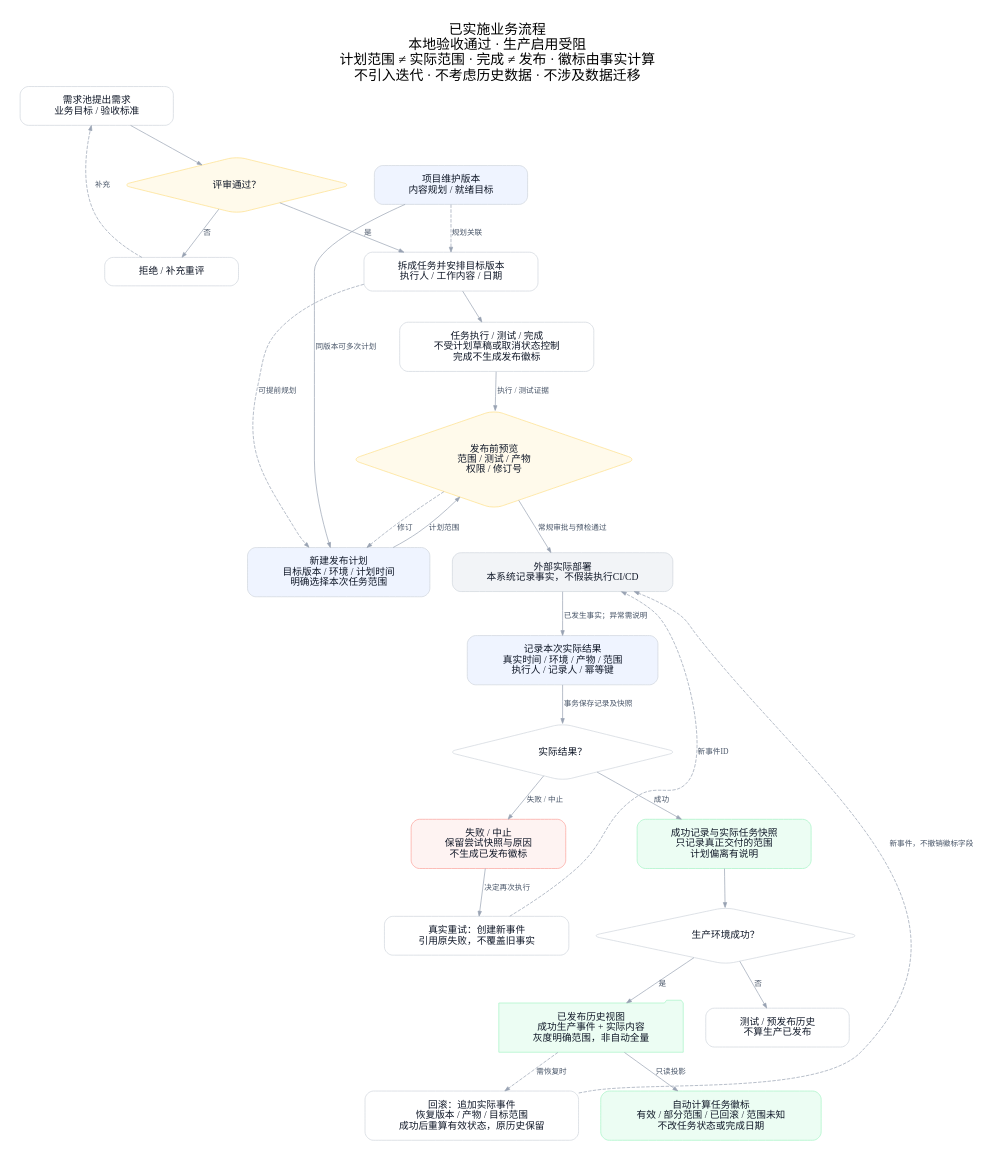
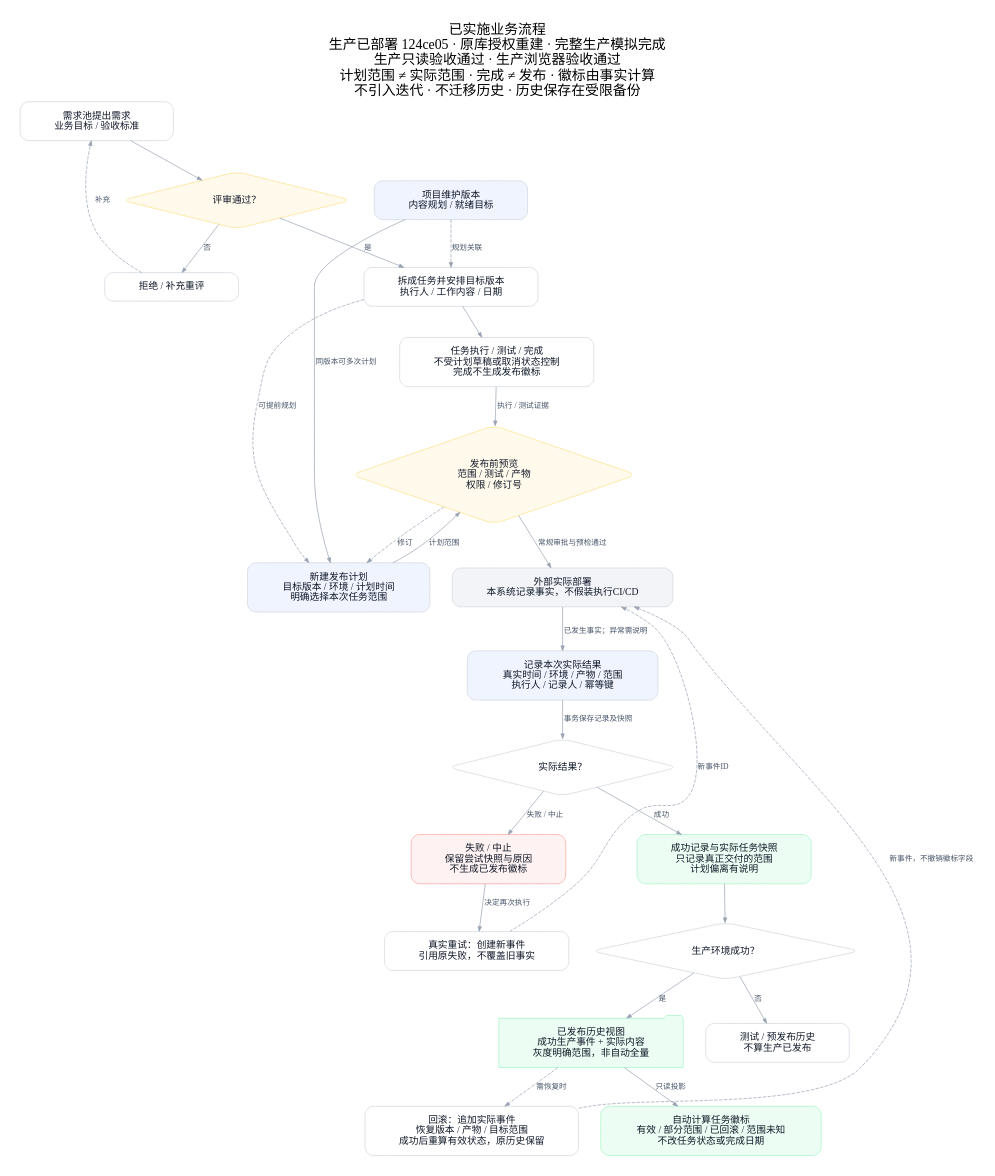
One commit to kong0827/hourglass changed the diagram in docs/audit/推荐业务流程-2026-11-09.dot. Above: the diagram before and after it, drawn with Graphviz. The commit also changed 22 other files, not shown here.

```diff
--- a/docs/audit/推荐业务流程-2026-11-09.dot
+++ b/docs/audit/推荐业务流程-2026-11-09.dot
@@ -1,48 +1,48 @@
 digraph TargetFlow {
-  graph [rankdir=TB, bgcolor="#FFFFFF", pad="0.3", nodesep="0.45", ranksep="0.6", fontname="PingFang SC", fontsize=20, label="已实施业务流程\n本地验收通过 · 生产启用受阻\n计划范围 ≠ 实际范围 · 完成 ≠ 发布 · 徽标由事实计算\n不引入迭代 · 不考虑历史数据 · 不涉及数据迁移", labelloc=t];
+  graph [rankdir=TB, bgcolor="#FFFFFF", pad="0.3", nodesep="0.45", ranksep="0.6", fontname="PingFang SC", fontsize=20, label="已实施业务流程\n生产已部署 124ce05 · 原库授权重建 · 完整生产模拟完成\n生产只读验收通过 · 生产浏览器验收通过\n计划范围 ≠ 实际范围 · 完成 ≠ 发布 · 徽标由事实计算\n不引入迭代 · 不迁移历史 · 历史保存在受限备份", labelloc=t];
   node [shape=box, style="rounded,filled", fillcolor="#FFFFFF", color="#D0D5DD", fontcolor="#101828", fontname="PingFang SC", fontsize=14, margin="0.65,0.18"];
   edge [color="#98A2B3", fontname="PingFang SC", fontsize=11, fontcolor="#475467", arrowsize=0.7];
   collect [label="需求池提出需求\n业务目标 / 验收标准"];
   review [shape=diamond, label="评审通过？", fillcolor="#FFFAEB", color="#FEDF89"];
   rejected [label="拒绝 / 补充重评"];
   task_plan [label="拆成任务并安排目标版本\n执行人 / 工作内容 / 日期"];
   version_plan [label="项目维护版本\n内容规划 / 就绪目标", fillcolor="#EFF4FF"];
   execute_work [label="任务执行 / 测试 / 完成\n不受计划草稿或取消状态控制\n完成不生成发布徽标"];
   release_plan [label="新建发布计划\n目标版本 / 环境 / 计划时间\n明确选择本次任务范围", fillcolor="#EFF4FF"];
   gate [shape=diamond, label="发布前预览\n范围 / 测试 / 产物\n权限 / 修订号", fillcolor="#FFFAEB", color="#FEDF89"];
   external [label="外部实际部署\n本系统记录事实，不假装执行CI/CD", fillcolor="#F2F4F7"];
   actual [label="记录本次实际结果\n真实时间 / 环境 / 产物 / 范围\n执行人 / 记录人 / 幂等键", fillcolor="#EFF4FF"];
   result [shape=diamond, label="实际结果？"];
   failed [label="失败 / 中止\n保留尝试快照与原因\n不生成已发布徽标", fillcolor="#FEF3F2", color="#FDA29B"];
   retry [label="真实重试：创建新事件\n引用原失败，不覆盖旧事实"];
   succeeded [label="成功记录与实际任务快照\n只记录真正交付的范围\n计划偏离有说明", fillcolor="#ECFDF3", color="#A6F4C5"];
   environment [shape=diamond, label="生产环境成功？"];
   nonproduction [label="测试 / 预发布历史\n不算生产已发布"];
   published [shape=folder, label="已发布历史视图\n成功生产事件 + 实际内容\n灰度明确范围，非自动全量", fillcolor="#ECFDF3", color="#A6F4C5"];
   badge [label="自动计算任务徽标\n有效 / 部分范围 / 已回滚 / 范围未知\n不改任务状态或完成日期", fillcolor="#ECFDF3", color="#A6F4C5"];
   rollback [label="回滚：追加实际事件\n恢复版本 / 产物 / 目标范围\n成功后重算有效状态，原历史保留"];
   collect -> review;
   review -> rejected [label="否"];
   rejected -> collect [label="补充", style=dashed];
   review -> task_plan [label="是"];
   version_plan -> task_plan [label="规划关联", style=dashed];
   task_plan -> execute_work;
   version_plan -> release_plan [label="同版本可多次计划"];
   task_plan -> release_plan [label="可提前规划", style=dashed, constraint=false];
   execute_work -> gate [label="执行 / 测试证据"];
   release_plan -> gate [label="计划范围"];
   gate -> release_plan [label="修订", style=dashed];
   gate -> external [label="常规审批与预检通过"];
   external -> actual [label="已发生事实；异常需说明"];
   actual -> result [label="事务保存记录及快照"];
   result -> failed [label="失败 / 中止"];
   failed -> retry [label="决定再次执行"];
   retry -> external [label="新事件ID", style=dashed, constraint=false];
   result -> succeeded [label="成功"];
   succeeded -> environment;
   environment -> nonproduction [label="否"];
   environment -> published [label="是"];
   published -> badge [label="只读投影"];
   published -> rollback [label="需恢复时", style=dashed];
   rollback -> external [label="新事件，不撤销徽标字段", style=dashed, constraint=false];
 }
```
